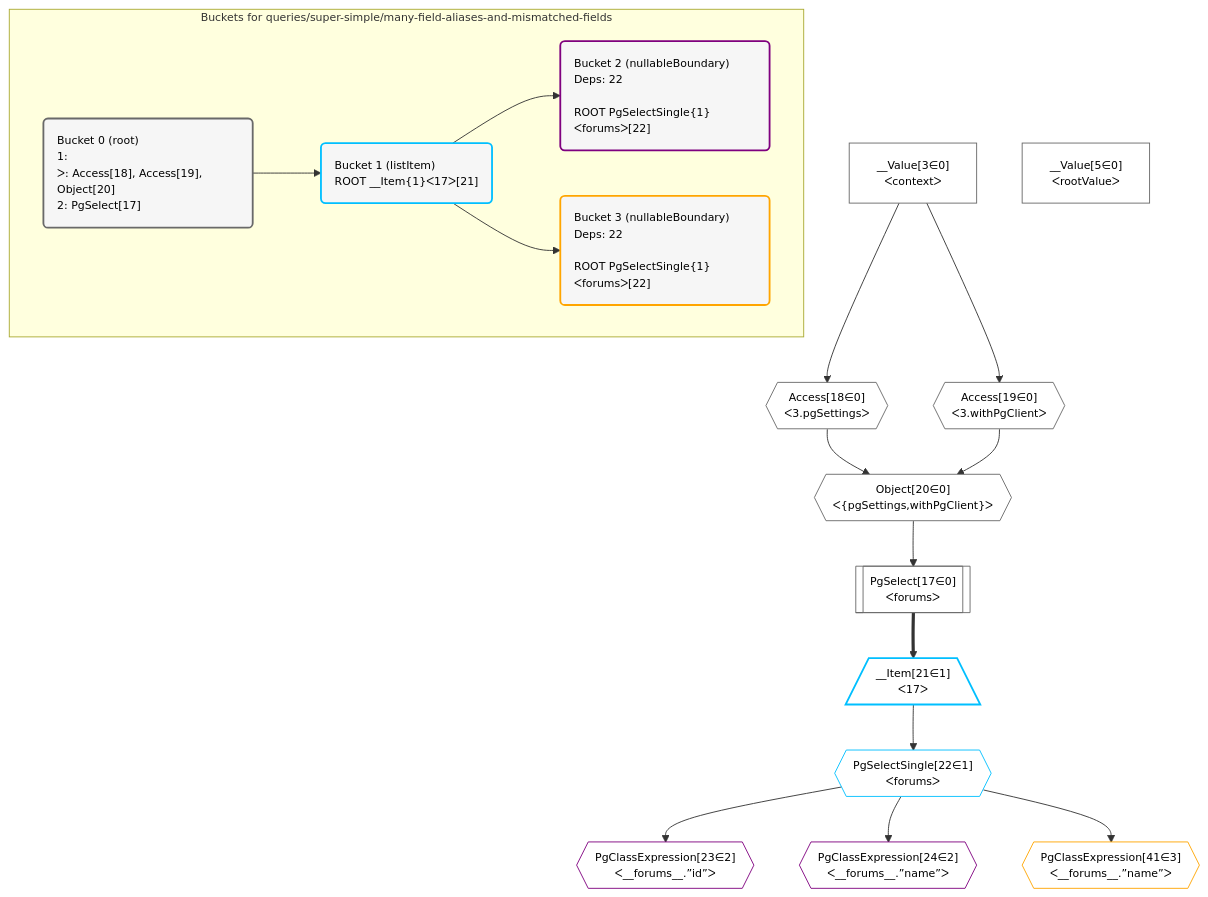
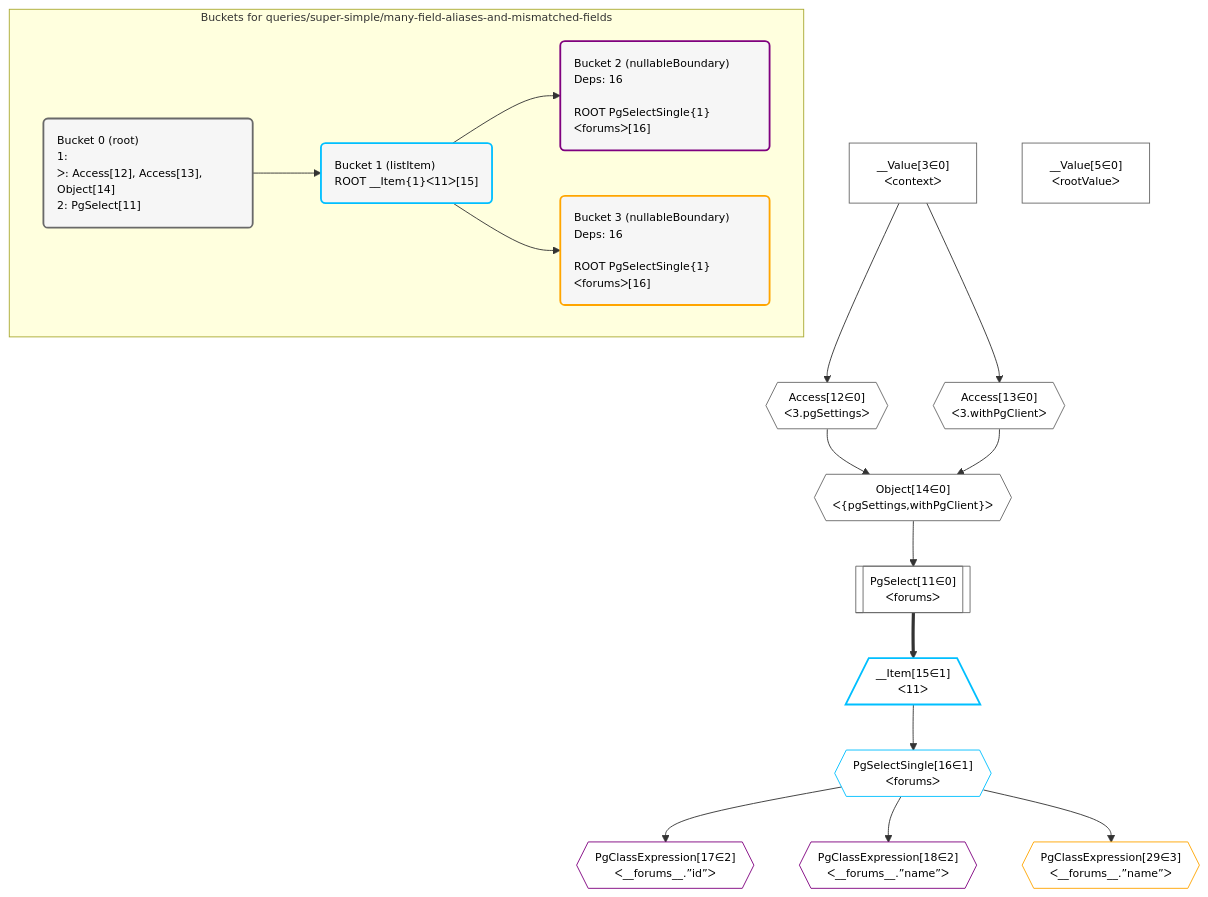
One commit to graphile/crystal changed the diagram in grafast/dataplan-pg/__tests__/queries/super-simple/many-field-aliases-and-mismatched-fields.mermaid. Above: the diagram before and after it, drawn with Mermaid. The commit also changed 89 other files, not shown here.

Commit message:
Update mermaid plans

```diff
--- a/grafast/dataplan-pg/__tests__/queries/super-simple/many-field-aliases-and-mismatched-fields.mermaid
+++ b/grafast/dataplan-pg/__tests__/queries/super-simple/many-field-aliases-and-mismatched-fields.mermaid
@@ -1,50 +1,50 @@
 %%{init: {'themeVariables': { 'fontSize': '12px'}}}%%
 graph TD
     classDef path fill:#eee,stroke:#000,color:#000
     classDef plan fill:#fff,stroke-width:1px,color:#000
     classDef itemplan fill:#fff,stroke-width:2px,color:#000
     classDef unbatchedplan fill:#dff,stroke-width:1px,color:#000
     classDef sideeffectplan fill:#fcc,stroke-width:2px,color:#000
     classDef bucket fill:#f6f6f6,color:#000,stroke-width:2px,text-align:left
 
 
     %% define steps
     __Value3["__Value[3∈0]<br />ᐸcontextᐳ"]:::plan
     __Value5["__Value[5∈0]<br />ᐸrootValueᐳ"]:::plan
-    Access18{{"Access[18∈0]<br />ᐸ3.pgSettingsᐳ"}}:::plan
-    Access19{{"Access[19∈0]<br />ᐸ3.withPgClientᐳ"}}:::plan
-    Object20{{"Object[20∈0]<br />ᐸ{pgSettings,withPgClient}ᐳ"}}:::plan
-    PgSelect17[["PgSelect[17∈0]<br />ᐸforumsᐳ"]]:::plan
-    __Item21[/"__Item[21∈1]<br />ᐸ17ᐳ"\]:::itemplan
-    PgSelectSingle22{{"PgSelectSingle[22∈1]<br />ᐸforumsᐳ"}}:::plan
-    PgClassExpression23{{"PgClassExpression[23∈2]<br />ᐸ__forums__.”id”ᐳ"}}:::plan
-    PgClassExpression24{{"PgClassExpression[24∈2]<br />ᐸ__forums__.”name”ᐳ"}}:::plan
-    PgClassExpression41{{"PgClassExpression[41∈3]<br />ᐸ__forums__.”name”ᐳ"}}:::plan
+    Access12{{"Access[12∈0]<br />ᐸ3.pgSettingsᐳ"}}:::plan
+    Access13{{"Access[13∈0]<br />ᐸ3.withPgClientᐳ"}}:::plan
+    Object14{{"Object[14∈0]<br />ᐸ{pgSettings,withPgClient}ᐳ"}}:::plan
+    PgSelect11[["PgSelect[11∈0]<br />ᐸforumsᐳ"]]:::plan
+    __Item15[/"__Item[15∈1]<br />ᐸ11ᐳ"\]:::itemplan
+    PgSelectSingle16{{"PgSelectSingle[16∈1]<br />ᐸforumsᐳ"}}:::plan
+    PgClassExpression17{{"PgClassExpression[17∈2]<br />ᐸ__forums__.”id”ᐳ"}}:::plan
+    PgClassExpression18{{"PgClassExpression[18∈2]<br />ᐸ__forums__.”name”ᐳ"}}:::plan
+    PgClassExpression29{{"PgClassExpression[29∈3]<br />ᐸ__forums__.”name”ᐳ"}}:::plan
 
     %% plan dependencies
-    __Value3 --> Access18
-    __Value3 --> Access19
-    Access18 & Access19 --> Object20
-    Object20 --> PgSelect17
-    PgSelect17 ==> __Item21
-    __Item21 --> PgSelectSingle22
-    PgSelectSingle22 --> PgClassExpression23
-    PgSelectSingle22 --> PgClassExpression24
-    PgSelectSingle22 --> PgClassExpression41
+    __Value3 --> Access12
+    __Value3 --> Access13
+    Access12 & Access13 --> Object14
+    Object14 --> PgSelect11
+    PgSelect11 ==> __Item15
+    __Item15 --> PgSelectSingle16
+    PgSelectSingle16 --> PgClassExpression17
+    PgSelectSingle16 --> PgClassExpression18
+    PgSelectSingle16 --> PgClassExpression29
 
     subgraph "Buckets for queries/super-simple/many-field-aliases-and-mismatched-fields"
-    Bucket0("Bucket 0 (root)<br />1: <br />ᐳ: Access[18], Access[19], Object[20]<br />2: PgSelect[17]"):::bucket
+    Bucket0("Bucket 0 (root)<br />1: <br />ᐳ: Access[12], Access[13], Object[14]<br />2: PgSelect[11]"):::bucket
     classDef bucket0 stroke:#696969
-    class Bucket0,__Value3,__Value5,PgSelect17,Access18,Access19,Object20 bucket0
-    Bucket1("Bucket 1 (listItem)<br />ROOT __Item{1}ᐸ17ᐳ[21]"):::bucket
+    class Bucket0,__Value3,__Value5,PgSelect11,Access12,Access13,Object14 bucket0
+    Bucket1("Bucket 1 (listItem)<br />ROOT __Item{1}ᐸ11ᐳ[15]"):::bucket
     classDef bucket1 stroke:#00bfff
-    class Bucket1,__Item21,PgSelectSingle22 bucket1
-    Bucket2("Bucket 2 (nullableBoundary)<br />Deps: 22<br /><br />ROOT PgSelectSingle{1}ᐸforumsᐳ[22]"):::bucket
+    class Bucket1,__Item15,PgSelectSingle16 bucket1
+    Bucket2("Bucket 2 (nullableBoundary)<br />Deps: 16<br /><br />ROOT PgSelectSingle{1}ᐸforumsᐳ[16]"):::bucket
     classDef bucket2 stroke:#7f007f
-    class Bucket2,PgClassExpression23,PgClassExpression24 bucket2
-    Bucket3("Bucket 3 (nullableBoundary)<br />Deps: 22<br /><br />ROOT PgSelectSingle{1}ᐸforumsᐳ[22]"):::bucket
+    class Bucket2,PgClassExpression17,PgClassExpression18 bucket2
+    Bucket3("Bucket 3 (nullableBoundary)<br />Deps: 16<br /><br />ROOT PgSelectSingle{1}ᐸforumsᐳ[16]"):::bucket
     classDef bucket3 stroke:#ffa500
-    class Bucket3,PgClassExpression41 bucket3
+    class Bucket3,PgClassExpression29 bucket3
     Bucket0 --> Bucket1
     Bucket1 --> Bucket2 & Bucket3
     end
```
